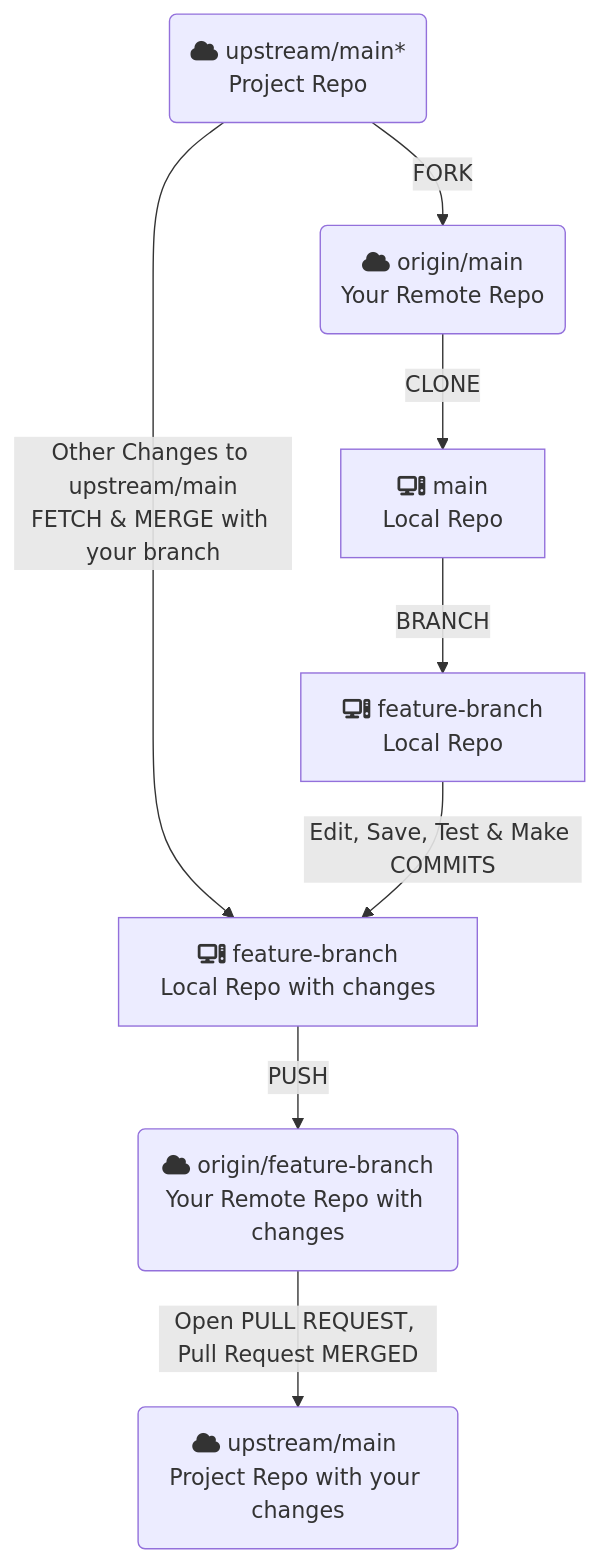
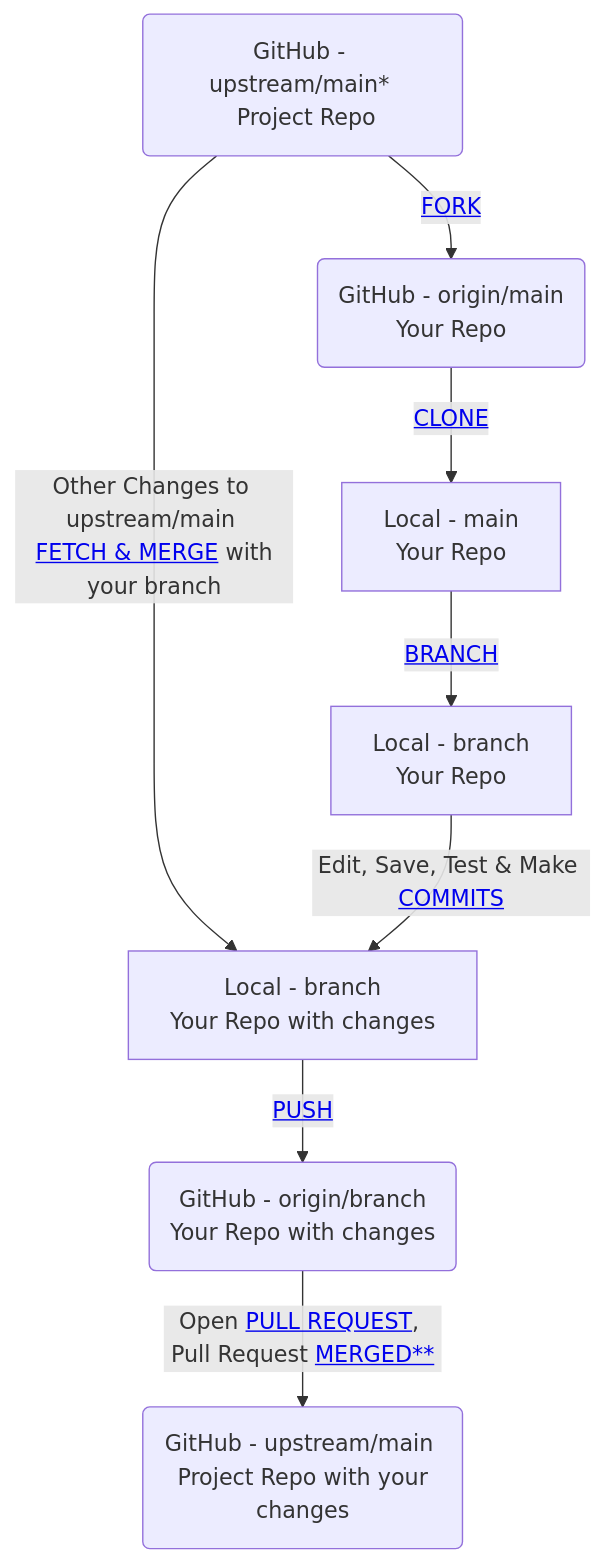
One commit to jrcain-usgs/asc-public-docs changed the diagram in docs/getting-started/contributing/contributing-with-git.md. Above: the diagram before and after it, drawn with Mermaid. The commit also changed other lines of this file, not shown here.

Commit message:
flowchart and intro - github

````diff
--- a/docs/getting-started/contributing/contributing-with-git.md
+++ b/docs/getting-started/contributing/contributing-with-git.md
@@ -10,11 +19,17 @@
     ```mermaid
     flowchart TD
-        A(fa:fa-cloud upstream/main*\nProject Repo) -->|Other Changes to upstream/main\nFETCH & MERGE with your branch| E
-        A -->|FORK| B
-        B(fa:fa-cloud origin/main\nYour Remote Repo) -->|CLONE| C
-        C[fa:fa-computer main\nLocal Repo] -->|BRANCH| D
-        D[fa:fa-computer feature-branch\nLocal Repo] -->|Edit, Save, Test & Make COMMITS| E
-        E[fa:fa-computer feature-branch\nLocal Repo with changes] -->|PUSH| F
-        F(fa:fa-cloud origin/feature-branch\nYour Remote Repo with changes) -->|Open PULL REQUEST, Pull Request MERGED| G
-        G(fa:fa-cloud upstream/main \nProject Repo with your changes)
+        A(GitHub - upstream/main* \n Project Repo)
+        A -->|"Other Changes to upstream/main \n <a href='#keeping-updated'>FETCH & MERGE</a> with your branch"| E
+        A -->|"<a href='#fork'>FORK</a>"| B
+        B(GitHub - origin/main \n Your Repo)
+        B -->|"<a href='#clone'>CLONE</a>"| C
+        C[Local - main \n Your Repo]
+        C -->|"<a href='#branch'>BRANCH</a>"| D
+        D[Local - branch \n Your Repo]
+        D -->|"Edit, Save, Test & Make <a href='#commits'>COMMITS</a>"| E
+        E[Local - branch \n Your Repo with changes]
+        E -->|"<a href='#push'>PUSH</a>"| F
+        F(GitHub - origin/branch \n Your Repo with changes)
+        F -->|"Open <a href='#create-pull-request'>PULL REQUEST</a>, Pull Request <a href='#code-review'>MERGED**</a>"| G
+        G(GitHub - upstream/main \n Project Repo with your changes)
     ```
````
